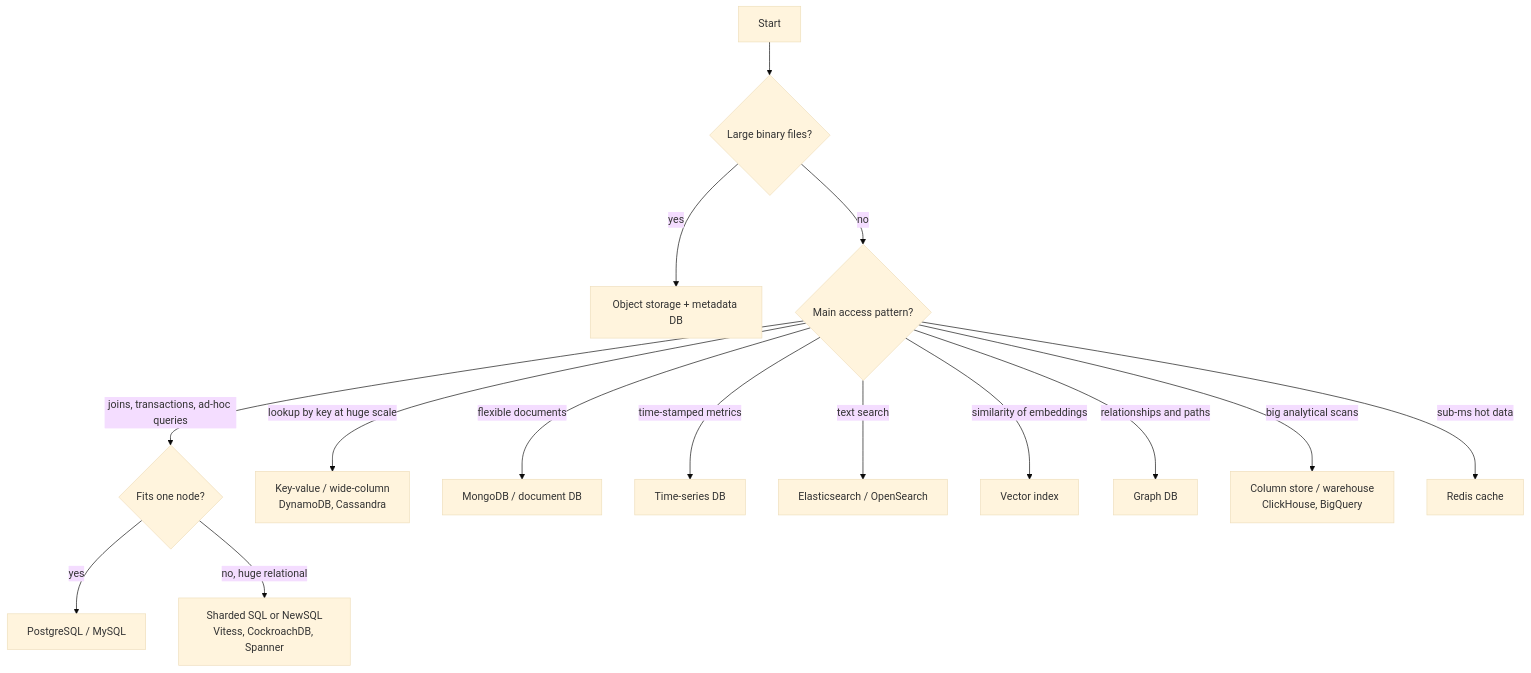
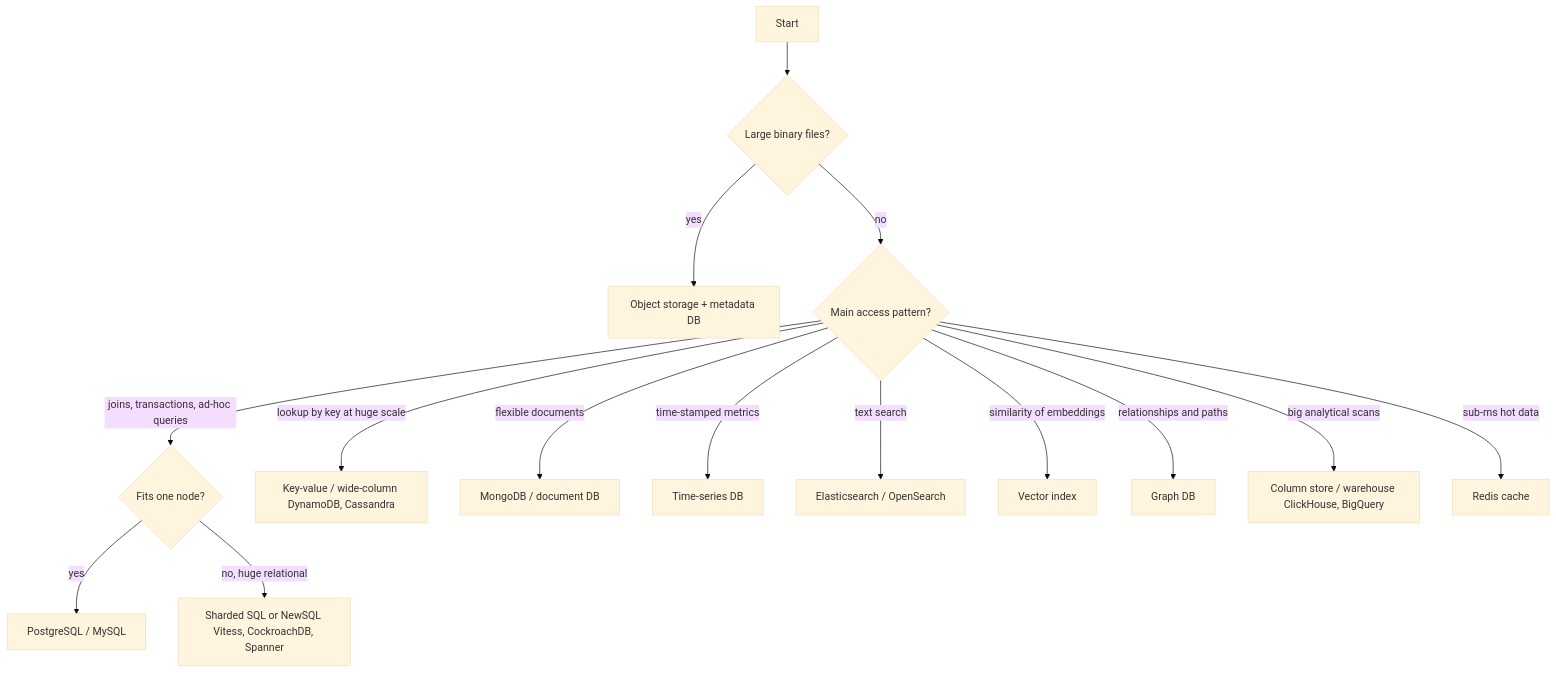
Before and after one commit to sharifndlovu123/knowledge_base_map: the first of 2 diagrams in Collection/03. Programming/14. System Design/8. Choosing Data Stores.md, drawn with Mermaid (base theme). The commit also changed other lines of this file and 9 other files, not shown here.

First line of the commit message:
Add diagram viewer; fix line breaks in new diagrams

````diff
--- a/Collection/03. Programming/14. System Design/8. Choosing Data Stores.md
+++ b/Collection/03. Programming/14. System Design/8. Choosing Data Stores.md
@@ -23,17 +23,17 @@
 ```mermaid
 flowchart TD
     S[Start] --> B{Large binary files?}
     B -- yes --> OBJ[Object storage + metadata DB]
     B -- no --> Q{Main access pattern?}
     Q -- joins, transactions, ad-hoc queries --> REL{Fits one node?}
     REL -- yes --> PG[PostgreSQL / MySQL]
-    REL -- no, huge relational --> NS[Sharded SQL or NewSQL<br/>Vitess, CockroachDB, Spanner]
-    Q -- lookup by key at huge scale --> KV[Key-value / wide-column<br/>DynamoDB, Cassandra]
+    REL -- no, huge relational --> NS[Sharded SQL or NewSQL Vitess, CockroachDB, Spanner]
+    Q -- lookup by key at huge scale --> KV[Key-value / wide-column DynamoDB, Cassandra]
     Q -- flexible documents --> DOC[MongoDB / document DB]
     Q -- time-stamped metrics --> TS[Time-series DB]
     Q -- text search --> ES[Elasticsearch / OpenSearch]
     Q -- similarity of embeddings --> VEC[Vector index]
     Q -- relationships and paths --> GR[Graph DB]
-    Q -- big analytical scans --> OLAP[Column store / warehouse<br/>ClickHouse, BigQuery]
+    Q -- big analytical scans --> OLAP[Column store / warehouse ClickHouse, BigQuery]
     Q -- sub-ms hot data --> RED[Redis cache]
 ```
````
